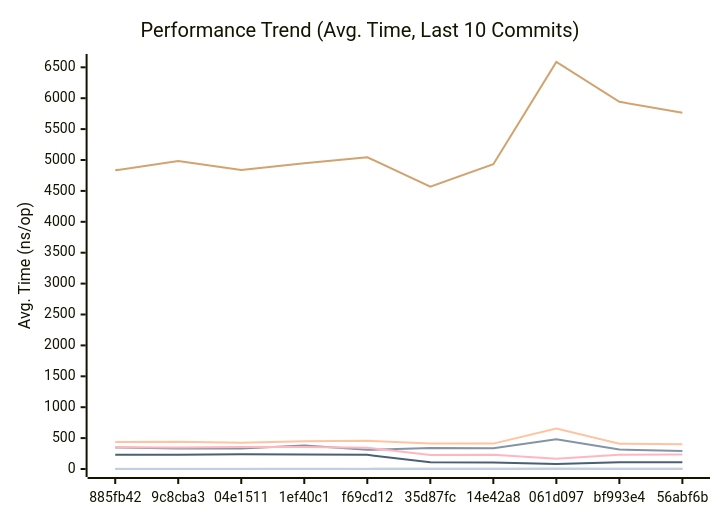
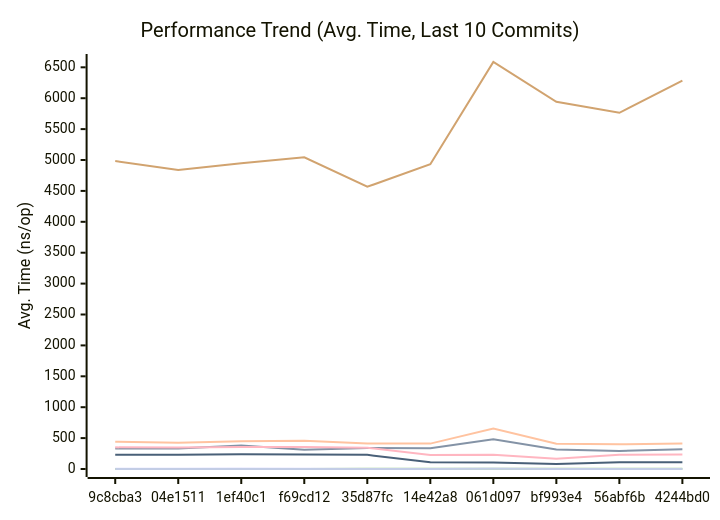
One commit to alsotoes/momo changed the first of 3 diagrams in docs/PERFORMANCE.md. Above: the diagram before and after it, drawn with Mermaid. The commit also changed other lines of this file and 3 other files, not shown here.

````diff
--- a/docs/PERFORMANCE.md
+++ b/docs/PERFORMANCE.md
@@ -80,16 +80,16 @@
 ```mermaid
 xychart-beta
     title "Performance Trend (Avg. Time, Last 10 Commits)"
     x-axis "Commit"
     y-axis "Avg. Time (ns/op)"
-    x-axis [885fb42,9c8cba3,04e1511,1ef40c1,f69cd12,35d87fc,14e42a8,061d097,bf993e4,56abf6b]
-    line "CheckMetricsAndSwap" [9,9,8,12,9,7,8,11,7,9]
-    line "CrushOptimized" [349,330,331,380,310,340,334,480,316,291]
-    line "CrushOriginal" [436,442,423,449,456,411,411,653,408,400]
+    x-axis [9c8cba3,04e1511,1ef40c1,f69cd12,35d87fc,14e42a8,061d097,bf993e4,56abf6b,4244bd0]
+    line "CheckMetricsAndSwap" [9,8,12,9,7,8,11,7,9,8]
+    line "CrushOptimized" [330,331,380,310,340,334,480,316,291,320]
+    line "CrushOriginal" [442,423,449,456,411,411,653,408,400,411]
     line "IndexDirectTracking" [0,0,0,0,0,0,0,0,0,0]
-    line "IndexSearch" [2,2,2,2,2,3,3,3,3,3]
-    line "LoadGlobalConfig" [4833,4983,4838,4948,5045,4567,4932,6586,5941,5764]
-    line "PadString" [2,2,2,2,2,2,2,3,2,2]
+    line "IndexSearch" [2,2,2,2,3,3,3,3,3,3]
+    line "LoadGlobalConfig" [4983,4838,4948,5045,4567,4932,6586,5941,5764,6283]
+    line "PadString" [2,2,2,2,2,2,3,2,2,2]
     line "ParseReplicationOrder_NoPrealloc" [350,349,357,354,345,225,229,165,232,234]
     line "ParseReplicationOrder_Prealloc" [229,231,237,234,229,108,107,80,110,109]
 ```
````
